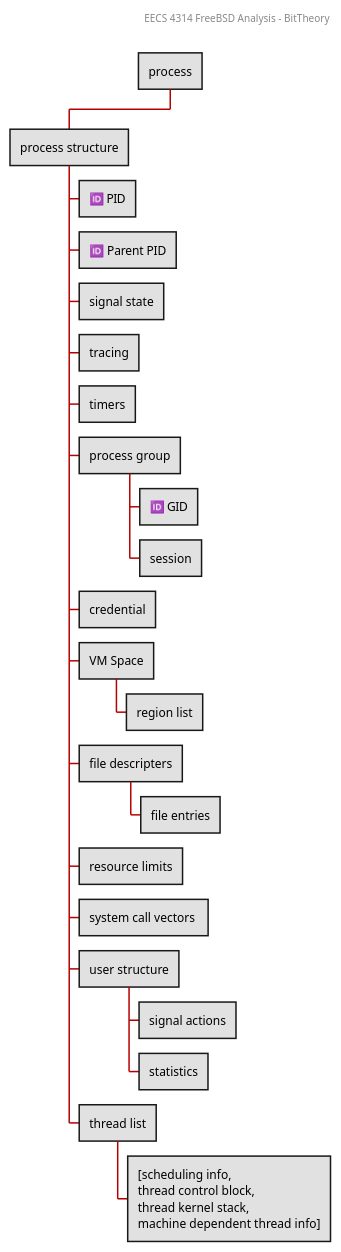
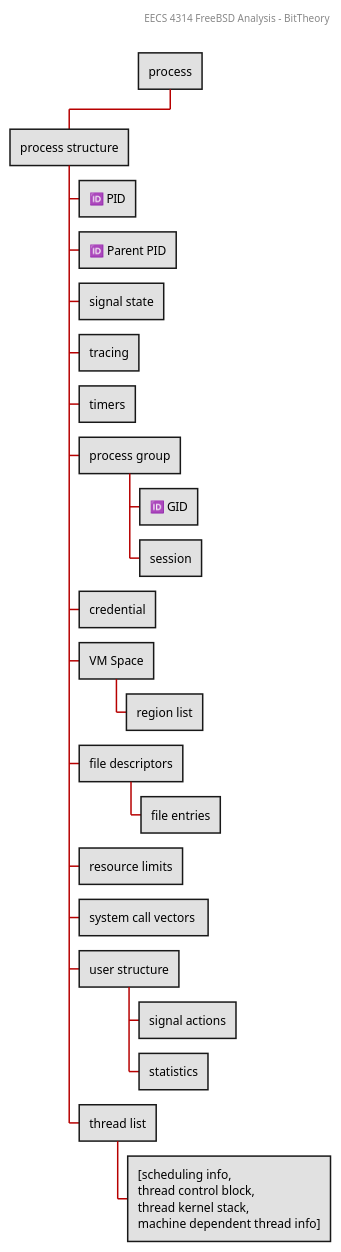
One commit to BitTheoryProject/eecs4314-reports changed the diagram in a1/assets/system_diagrams/process-structure.pu. Above: the diagram before and after it, drawn with PlantUML. The commit also changed 10 other files, not shown here.

```diff
--- a/a1/assets/system_diagrams/process-structure.pu
+++ b/a1/assets/system_diagrams/process-structure.pu
@@ -1,36 +1,36 @@
 @startwbs
 header EECS 4314 FreeBSD Analysis - BitTheory\n\n
 
 <style>
 wbsDiagram {
   arrow {
     linecolor #B70000
   }
   node {
     backgroundcolor #e1e1e1
   }
 }
 </style>
 * process
 ** process structure
 *** 🆔 PID
 *** 🆔 Parent PID
 *** signal state
 *** tracing
 *** timers
 *** process group
 **** 🆔 GID
 **** session
 *** credential
 *** VM Space
 **** region list
-*** file descripters
+*** file descriptors
 **** file entries
 *** resource limits
 *** system call vectors 
 *** user structure
 **** signal actions
 **** statistics
 *** thread list
 **** [scheduling info,\nthread control block,\nthread kernel stack,\nmachine dependent thread info]
 @endwbs
```
